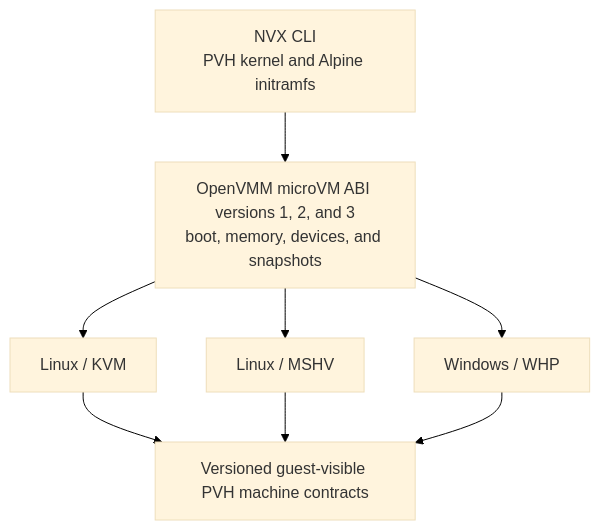
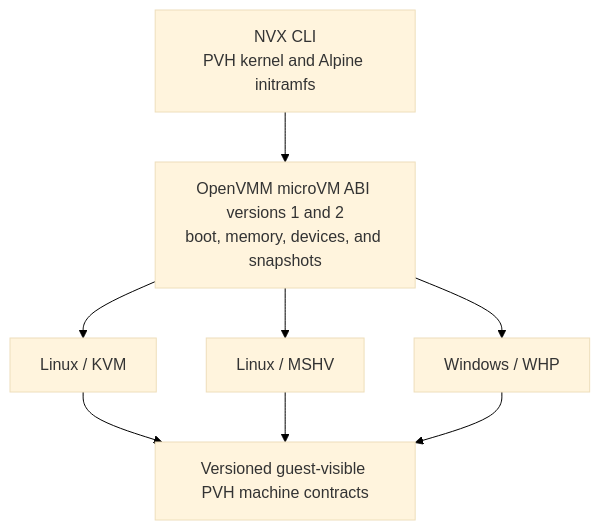
Before and after one commit to microsoft/nvx: the first of 7 diagrams in doc/design.md, drawn with Mermaid. The commit also changed other lines of this file and 10 other files, not shown here.

````diff
--- a/doc/design.md
+++ b/doc/design.md
@@ -32,18 +32,18 @@
 ```mermaid
 %%{init: {"theme": "base", "themeVariables": {"background": "#ffffff"}}}%%
 flowchart TB
    Inputs["NVX CLI<br/>PVH kernel and Alpine initramfs"]
-   Profile["OpenVMM microVM ABI versions 1, 2, and 3<br/>boot, memory, devices, and snapshots"]
+   Profile["OpenVMM microVM ABI versions 1 and 2<br/>boot, memory, devices, and snapshots"]
    Kvm["Linux / KVM"]
    Mshv["Linux / MSHV"]
    Whp["Windows / WHP"]
    Contract["Versioned guest-visible PVH machine contracts"]
 
    Inputs --> Profile
    Profile --> Kvm
    Profile --> Mshv
    Profile --> Whp
    Kvm --> Contract
    Mshv --> Contract
    Whp --> Contract
 ```
````
